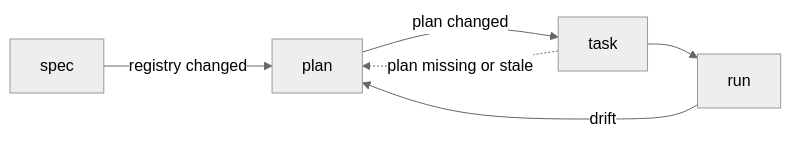
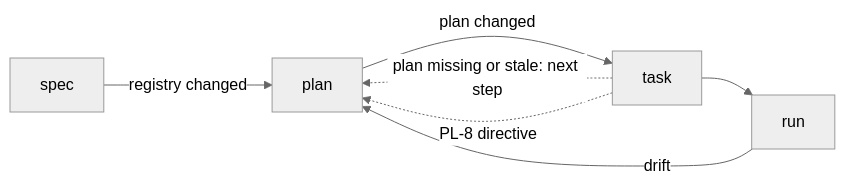
The diagram in .magicspec/engine/specifications/l1-plan-command.md (teratron/magic-spec), drawn with Mermaid (neutral theme) before and after one commit. The commit also changed other lines of this file and 31 other files, not shown here.

````diff
--- a/.magicspec/engine/specifications/l1-plan-command.md
+++ b/.magicspec/engine/specifications/l1-plan-command.md
@@ -60,8 +70,9 @@
 ```mermaid
 graph LR
     S[spec] -->|registry changed| P[plan]
     P -->|plan changed| T[task]
     T --> R[run]
     R -->|drift| P
-    T -.->|plan missing or stale| P
+    T -.->|plan missing or stale: next step| P
+    T -.->|PL-8 directive| P
 ```
````
